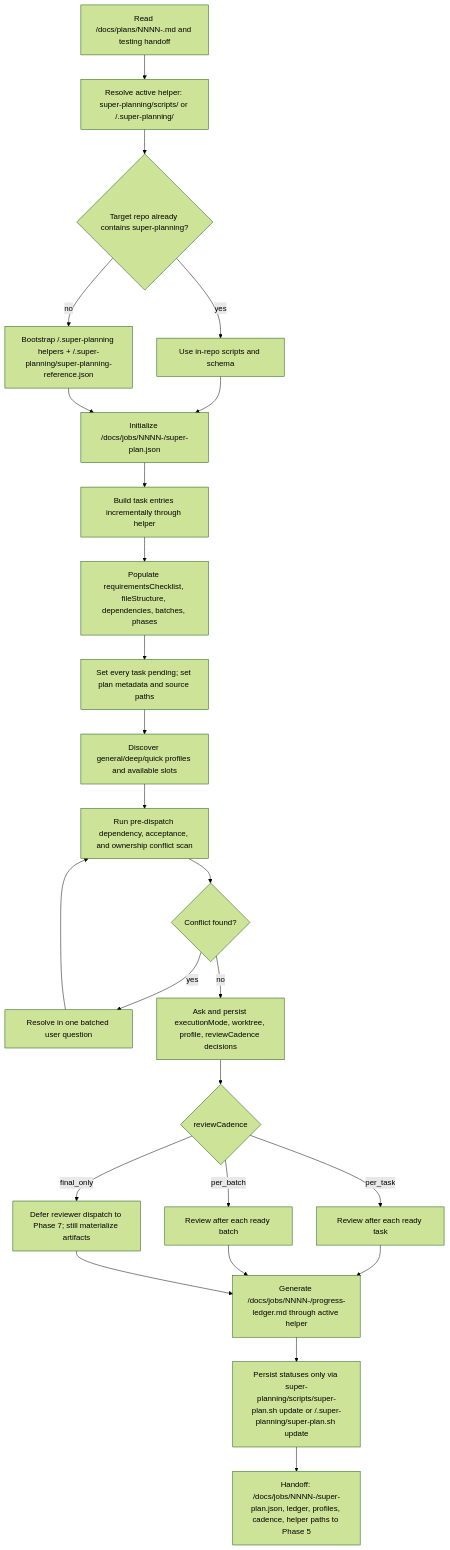
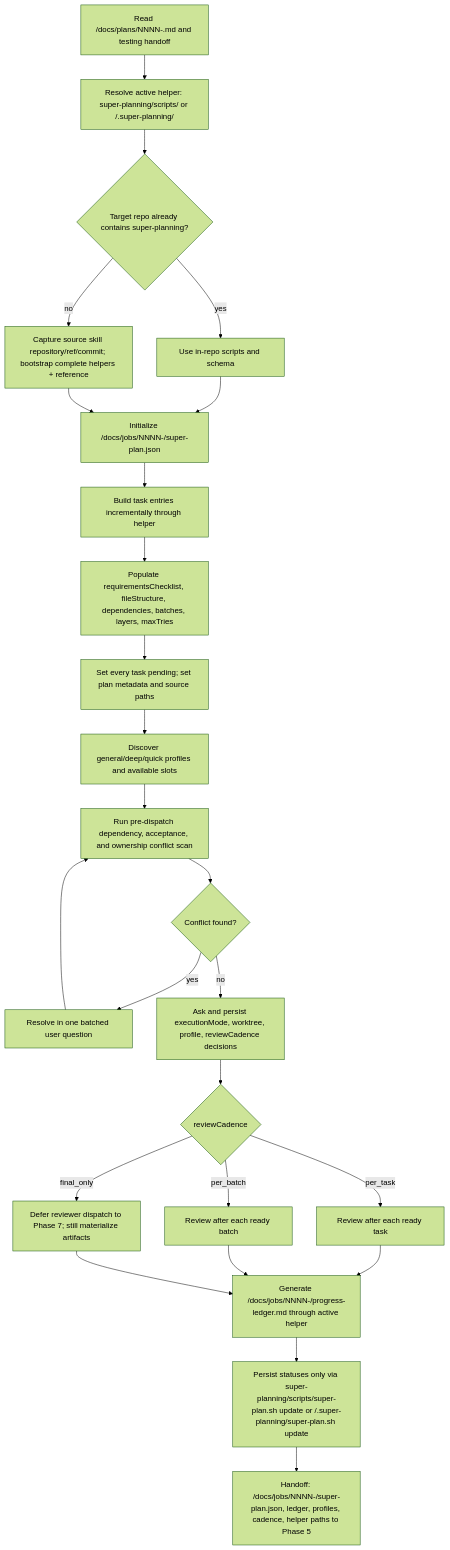
One commit to gugacarbo/agents-skills changed the seventh of 11 diagrams in super-planning/docs/workflows.md. Above: the diagram before and after it, drawn with Mermaid (forest theme). The commit also changed other lines of this file and 22 other files, not shown here.

Commit message:
feat(super-planning): harden planning workflow

````diff
--- a/super-planning/docs/workflows.md
+++ b/super-planning/docs/workflows.md
@@ -178,27 +178,27 @@
 ```mermaid
 flowchart TD
     A["Read <repo>/docs/plans/NNNN-<feature>.md and testing handoff"] --> B["Resolve active helper: super-planning/scripts/ or <repo>/.super-planning/"]
     B --> C{"Target repo already contains super-planning?"}
     C -->|yes| D["Use in-repo scripts and schema"]
-    C -->|no| E["Bootstrap <repo>/.super-planning helpers + <repo>/.super-planning/super-planning-reference.json"]
+    C -->|no| E["Capture source skill repository/ref/commit; bootstrap complete helpers + reference"]
     D --> F["Initialize <repo>/docs/jobs/NNNN-<feature>/super-plan.json"]
     E --> F
     F --> G["Build task entries incrementally through helper"]
-    G --> H["Populate requirementsChecklist, fileStructure, dependencies, batches, phases"]
+    G --> H["Populate requirementsChecklist, fileStructure, dependencies, batches, layers, maxTries"]
     H --> I["Set every task pending; set plan metadata and source paths"]
     I --> J["Discover general/deep/quick profiles and available slots"]
     J --> K["Run pre-dispatch dependency, acceptance, and ownership conflict scan"]
     K --> L{"Conflict found?"}
     L -->|yes| M["Resolve in one batched user question"]
     M --> K
     L -->|no| N["Ask and persist executionMode, worktree, profile, reviewCadence decisions"]
     N --> O{"reviewCadence"}
     O -->|per_task| P["Review after each ready task"]
     O -->|per_batch| Q["Review after each ready batch"]
     O -->|final_only| R["Defer reviewer dispatch to Phase 7; still materialize artifacts"]
     P --> S
     Q --> S
     R --> S
     S["Generate <repo>/docs/jobs/NNNN-<feature>/progress-ledger.md through active helper"] --> T["Persist statuses only via super-planning/scripts/super-plan.sh update or <repo>/.super-planning/super-plan.sh update"]
     T --> U["Handoff: <repo>/docs/jobs/NNNN-<feature>/super-plan.json, ledger, profiles, cadence, helper paths to Phase 5"]
 ```
````
